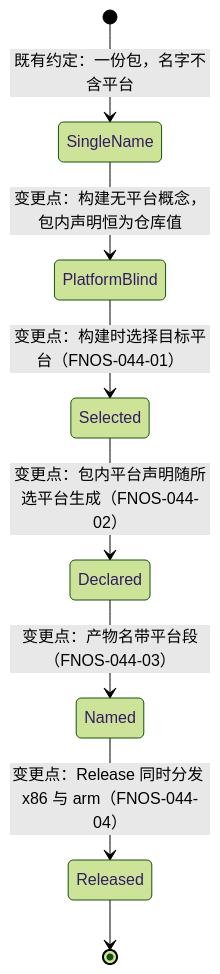
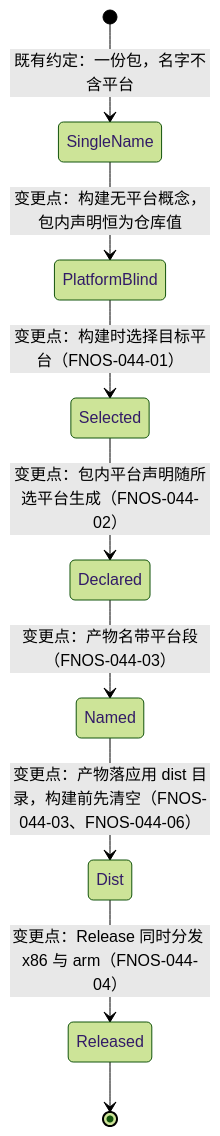
The diagram in docs/requirements/FNOS-044-fpk-platform-selection.md (FNOSP/fnos-dsh), drawn with Mermaid (forest theme) before and after one commit. The commit also changed other lines of this file and 20 other files, not shown here.

````diff
--- a/docs/requirements/FNOS-044-fpk-platform-selection.md
+++ b/docs/requirements/FNOS-044-fpk-platform-selection.md
@@ -86,10 +108,11 @@
 ```mermaid
 stateDiagram-v2
     [*] --> SingleName: 既有约定：一份包，名字不含平台
     SingleName --> PlatformBlind: 变更点：构建无平台概念，包内声明恒为仓库值
     PlatformBlind --> Selected: 变更点：构建时选择目标平台（FNOS-044-01）
     Selected --> Declared: 变更点：包内平台声明随所选平台生成（FNOS-044-02）
     Declared --> Named: 变更点：产物名带平台段（FNOS-044-03）
-    Named --> Released: 变更点：Release 同时分发 x86 与 arm（FNOS-044-04）
+    Named --> Dist: 变更点：产物落应用 dist 目录，构建前先清空（FNOS-044-03、FNOS-044-06）
+    Dist --> Released: 变更点：Release 同时分发 x86 与 arm（FNOS-044-04）
     Released --> [*]
 ```
````
